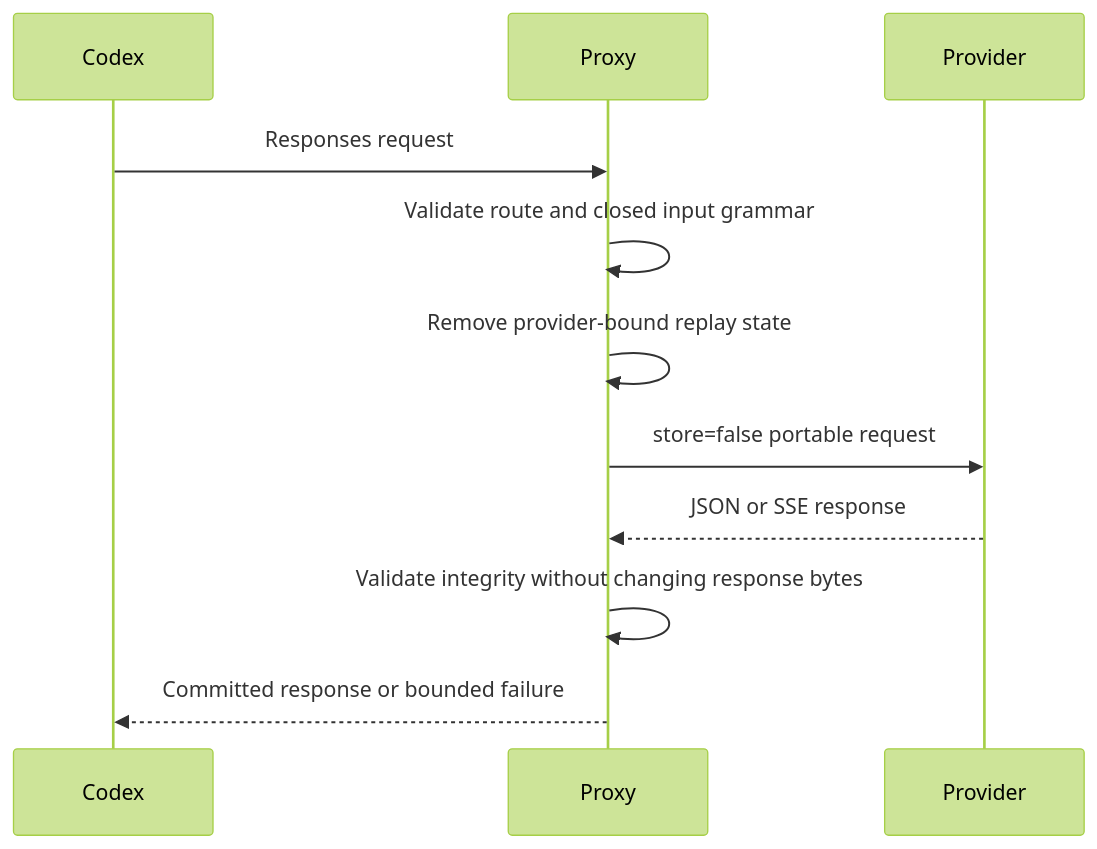
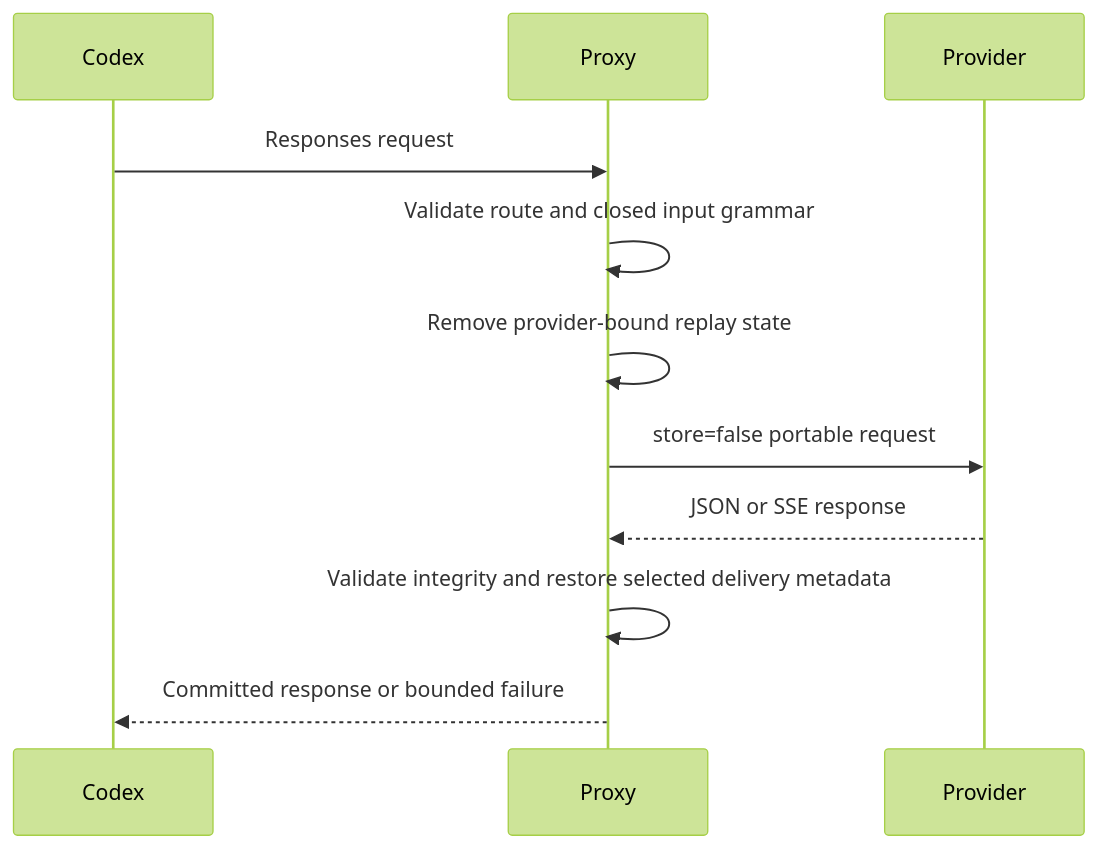
Before and after one commit to HengYangDS/codex-responses-proxy: the fourth of 5 diagrams in docs/architecture/authority-and-runtime-boundary.md, drawn with Mermaid (forest theme). The commit also changed other lines of this file and 20 other files, not shown here.

````diff
--- a/docs/architecture/authority-and-runtime-boundary.md
+++ b/docs/architecture/authority-and-runtime-boundary.md
@@ -121,14 +121,14 @@
 ```mermaid
 sequenceDiagram
     participant Codex
     participant Proxy
     participant Provider
 
     Codex->>Proxy: Responses request
     Proxy->>Proxy: Validate route and closed input grammar
     Proxy->>Proxy: Remove provider-bound replay state
     Proxy->>Provider: store=false portable request
     Provider-->>Proxy: JSON or SSE response
-    Proxy->>Proxy: Validate integrity without changing response bytes
+    Proxy->>Proxy: Validate integrity and restore selected delivery metadata
     Proxy-->>Codex: Committed response or bounded failure
 ```
````
